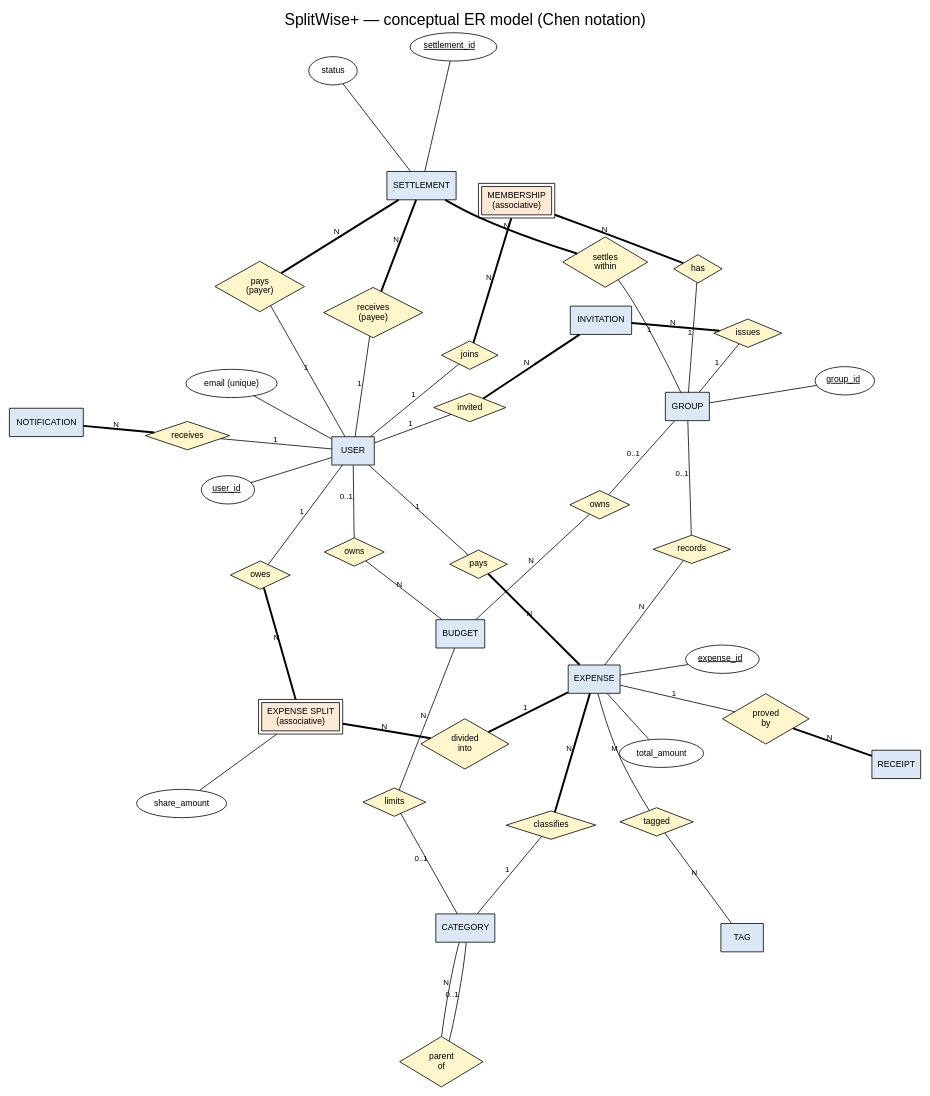
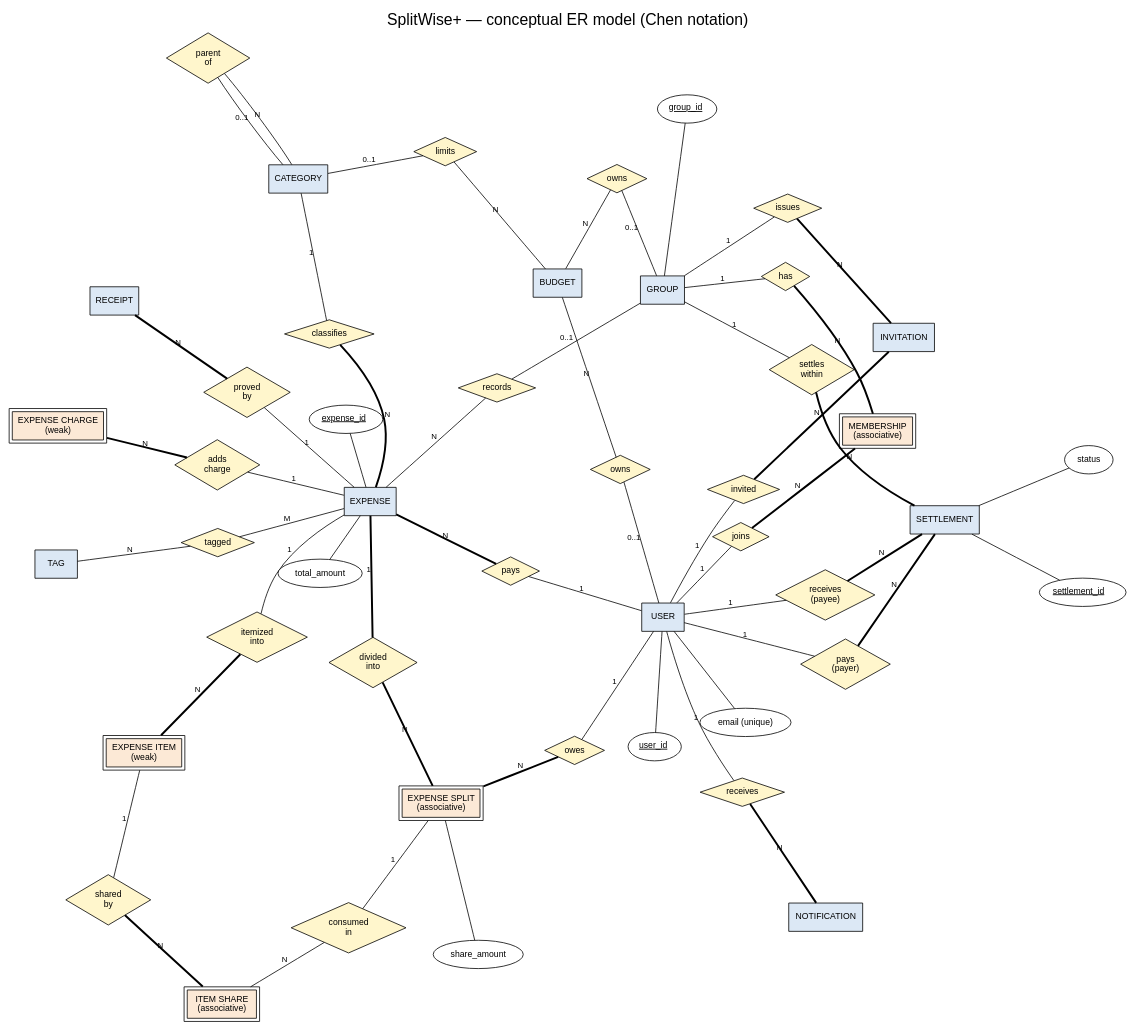
One commit to Clint0-0/Splitwise changed the diagram in docs/diagrams/er_conceptual.dot. Above: the diagram before and after it, drawn with Graphviz. The commit also changed 2 other files, not shown here.

Commit message:
ER diagram: add itemized-bill entities (items, item shares, charges)
Claude-Session: https://claude.ai/code/session_01MSRYnwU5ER6NM2PQLgSMoz

```diff
--- a/docs/diagrams/er_conceptual.dot
+++ b/docs/diagrams/er_conceptual.dot
@@ -1,70 +1,79 @@
 // SplitWise+ conceptual ER diagram — Chen notation
 // Rectangles = entities, double rectangle = weak/associative entity,
 // diamonds = relationships, ovals = key attributes (underlined),
 // labels on lines = cardinality (1, N, M); double line = total participation.
 // Render: dot -Tsvg er_conceptual.dot -o er_conceptual.svg
 graph conceptual {
   graph [layout=neato, overlap=false, splines=true, sep="+12", fontname="Helvetica",
          label="SplitWise+ — conceptual ER model (Chen notation)", labelloc=t, fontsize=20];
   node  [fontname="Helvetica", fontsize=11];
   edge  [fontname="Helvetica", fontsize=10];
 
   // Entities
   node [shape=box, style=filled, fillcolor="#DCE8F5"];
   USER; EXPENSE_GROUP [label="GROUP"]; EXPENSE; CATEGORY; SETTLEMENT; BUDGET;
   NOTIFICATION; RECEIPT; TAG; INVITATION;
   node [shape=box, peripheries=2, fillcolor="#FCE9D6"];
   SPLIT [label="EXPENSE SPLIT\n(associative)"];
   MEMBERSHIP [label="MEMBERSHIP\n(associative)"];
+  ITEM [label="EXPENSE ITEM\n(weak)"];
+  ITEMSHARE [label="ITEM SHARE\n(associative)"];
+  CHARGE [label="EXPENSE CHARGE\n(weak)"];
 
   // Relationships
   node [shape=diamond, style=filled, fillcolor="#FFF6CC", peripheries=1];
   r_member [label="joins"]; r_member2 [label="has"];
   r_records [label="records"]; r_pays [label="pays"]; r_class [label="classifies"];
   r_owes [label="owes"]; r_divided [label="divided\ninto"];
   r_payer [label="pays\n(payer)"]; r_payee [label="receives\n(payee)"]; r_scope [label="settles\nwithin"];
   r_ownu [label="owns"]; r_owng [label="owns"]; r_limit [label="limits"];
   r_notify [label="receives"]; r_proof [label="proved\nby"]; r_tag [label="tagged"];
-  r_parent [label="parent\nof"]; r_inv [label="issues"]; r_invu [label="invited"];
+  r_parent [label="parent\nof"]; r_lines [label="itemized\ninto"]; r_extra [label="adds\ncharge"]; r_had [label="shared\nby"]; r_itemof [label="consumed\nin"]; r_inv [label="issues"]; r_invu [label="invited"];
 
   // Key attributes
   node [shape=ellipse, style=filled, fillcolor="white"];
   a_uid [label=<<u>user_id</u>>]; a_email [label="email (unique)"];
   a_gid [label=<<u>group_id</u>>]; a_eid [label=<<u>expense_id</u>>];
   a_amt [label="total_amount"]; a_share [label="share_amount"];
   a_sid [label=<<u>settlement_id</u>>]; a_status [label="status"];
 
   USER -- a_uid; USER -- a_email; EXPENSE_GROUP -- a_gid; EXPENSE -- a_eid; EXPENSE -- a_amt;
   SPLIT -- a_share; SETTLEMENT -- a_sid; SETTLEMENT -- a_status;
 
   // M:N user–group via MEMBERSHIP
   USER -- r_member [label="1"]; r_member -- MEMBERSHIP [label="N", penwidth=2.5];
   EXPENSE_GROUP -- r_member2 [label="1"]; r_member2 -- MEMBERSHIP [label="N", penwidth=2.5];
   EXPENSE_GROUP -- r_inv [label="1"]; r_inv -- INVITATION [label="N", penwidth=2.5];
   USER -- r_invu [label="1"]; r_invu -- INVITATION [label="N", penwidth=2.5];
 
   // Expenses
   EXPENSE_GROUP -- r_records [label="0..1"]; r_records -- EXPENSE [label="N"];
   USER -- r_pays [label="1"]; r_pays -- EXPENSE [label="N", penwidth=2.5];
   CATEGORY -- r_class [label="1"]; r_class -- EXPENSE [label="N", penwidth=2.5];
   CATEGORY -- r_parent [label="0..1"]; r_parent -- CATEGORY [label="N"];
 
   // M:N expense–user via SPLIT (every expense has at least one split)
   EXPENSE -- r_divided [label="1", penwidth=2.5]; r_divided -- SPLIT [label="N", penwidth=2.5];
   USER -- r_owes [label="1"]; r_owes -- SPLIT [label="N", penwidth=2.5];
 
   EXPENSE -- r_proof [label="1"]; r_proof -- RECEIPT [label="N", penwidth=2.5];
   EXPENSE -- r_tag [label="M"]; r_tag -- TAG [label="N"];
 
   // Settlements: two roles of USER
   USER -- r_payer [label="1"]; r_payer -- SETTLEMENT [label="N", penwidth=2.5];
   USER -- r_payee [label="1"]; r_payee -- SETTLEMENT [label="N", penwidth=2.5];
   EXPENSE_GROUP -- r_scope [label="1"]; r_scope -- SETTLEMENT [label="N", penwidth=2.5];
 
   // Budgets: owned by a user XOR a group
   USER -- r_ownu [label="0..1"]; r_ownu -- BUDGET [label="N"];
   EXPENSE_GROUP -- r_owng [label="0..1"]; r_owng -- BUDGET [label="N"];
   CATEGORY -- r_limit [label="0..1"]; r_limit -- BUDGET [label="N"];
 
   USER -- r_notify [label="1"]; r_notify -- NOTIFICATION [label="N", penwidth=2.5];
+
+  // Phase 6: itemized bills (lines, who had each line, tax/service/discount)
+  EXPENSE -- r_lines [label="1"]; r_lines -- ITEM [label="N", penwidth=2.5];
+  EXPENSE -- r_extra [label="1"]; r_extra -- CHARGE [label="N", penwidth=2.5];
+  ITEM -- r_had [label="1"]; r_had -- ITEMSHARE [label="N", penwidth=2.5];
+  SPLIT -- r_itemof [label="1"]; r_itemof -- ITEMSHARE [label="N"];
 }
```
